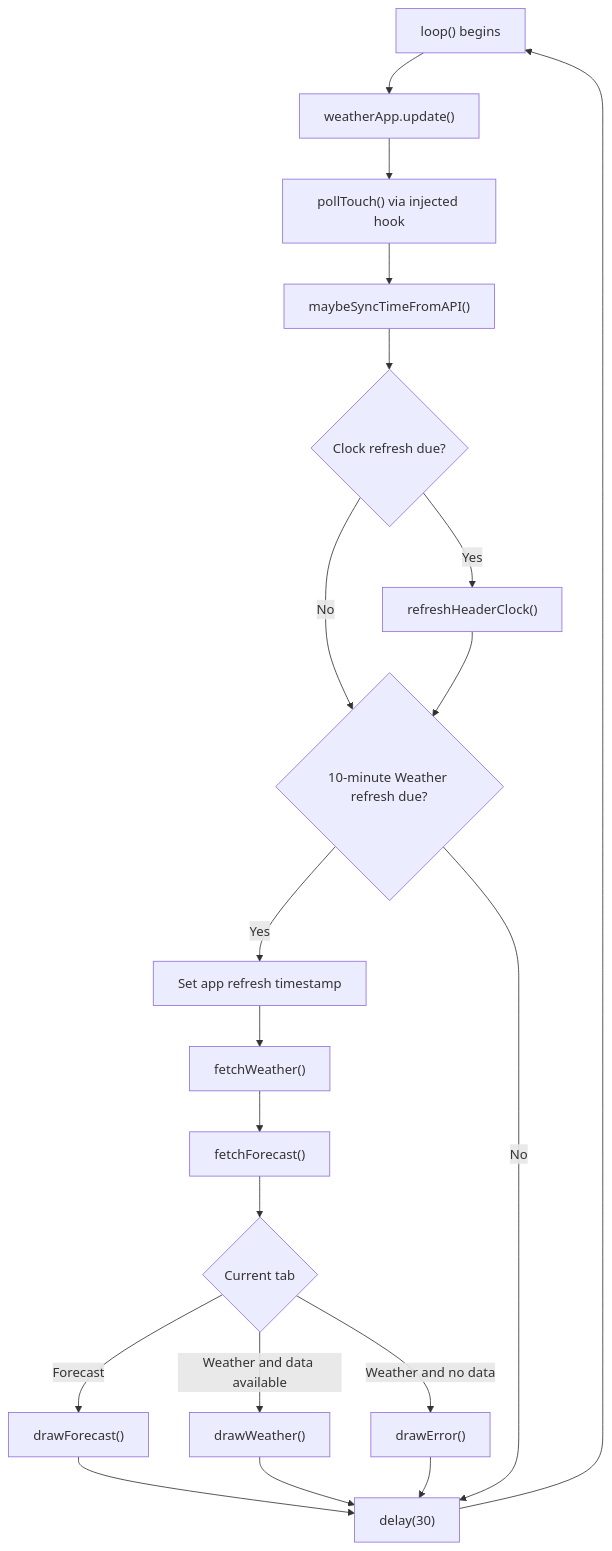
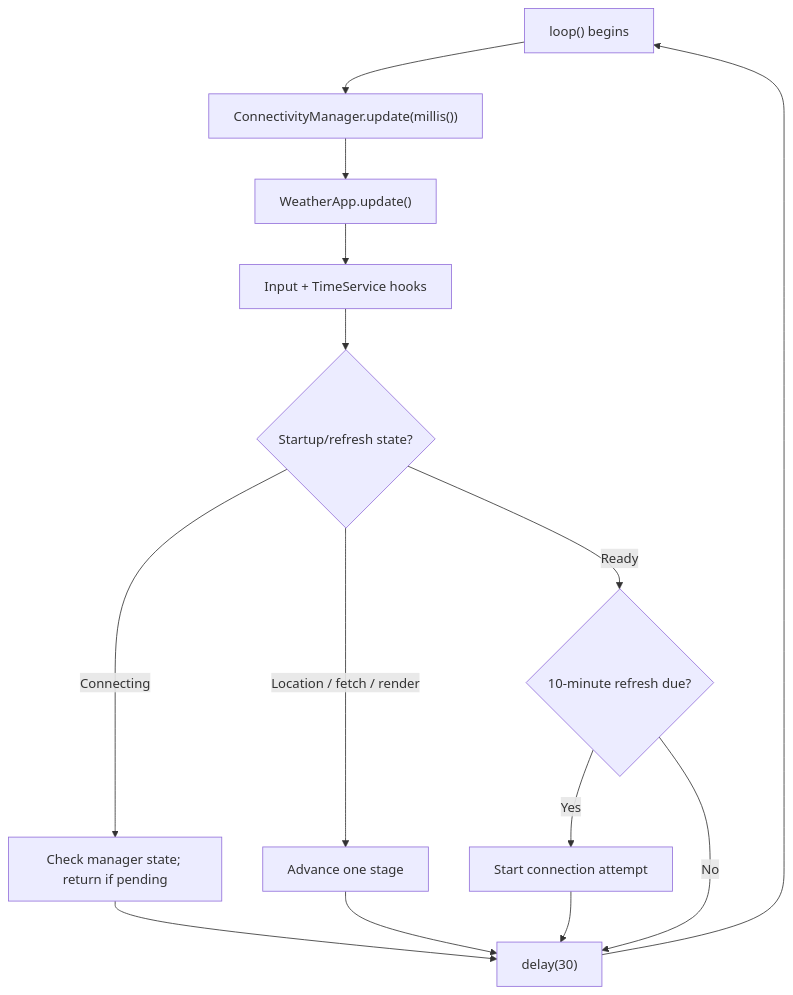
The third of 5 diagrams in docs/PHASE0_STEP2_RUNTIME_DATA_FLOW.md (mdrmx/esp32-gadget), drawn with Mermaid before and after one commit. The commit also changed other lines of this file, not shown here.

Commit message:
docs(phase2): update runtime map for state-driven startup

````diff
--- a/docs/PHASE0_STEP2_RUNTIME_DATA_FLOW.md
+++ b/docs/PHASE0_STEP2_RUNTIME_DATA_FLOW.md
@@ -149,22 +131,16 @@
 ```mermaid
 flowchart TD
-    A["loop() begins"] --> B["weatherApp.update()"]
-    B --> C["pollTouch() via injected hook"]
-    C --> D["maybeSyncTimeFromAPI()"]
-    D --> E{"Clock refresh due?"}
-    E -->|Yes| F["refreshHeaderClock()"]
-    E -->|No| G{"10-minute Weather refresh due?"}
-    F --> G
-    G -->|Yes| H["Set app refresh timestamp"]
-    H --> I["fetchWeather()"]
-    I --> J["fetchForecast()"]
-    J --> K{"Current tab"}
-    K -->|Forecast| L["drawForecast()"]
-    K -->|Weather and data available| M["drawWeather()"]
-    K -->|Weather and no data| N["drawError()"]
-    L --> O["delay(30)"]
-    M --> O
-    N --> O
-    G -->|No| O
-    O --> A
+    A["loop() begins"] --> B["ConnectivityManager.update(millis())"]
+    B --> C["WeatherApp.update()"]
+    C --> D["Input + TimeService hooks"]
+    D --> E{"Startup/refresh state?"}
+    E -->|Connecting| F["Check manager state; return if pending"]
+    E -->|Location / fetch / render| G["Advance one stage"]
+    E -->|Ready| H{"10-minute refresh due?"}
+    H -->|Yes| I["Start connection attempt"]
+    H -->|No| J["delay(30)"]
+    F --> J
+    G --> J
+    I --> J
+    J --> A
 ```
````
